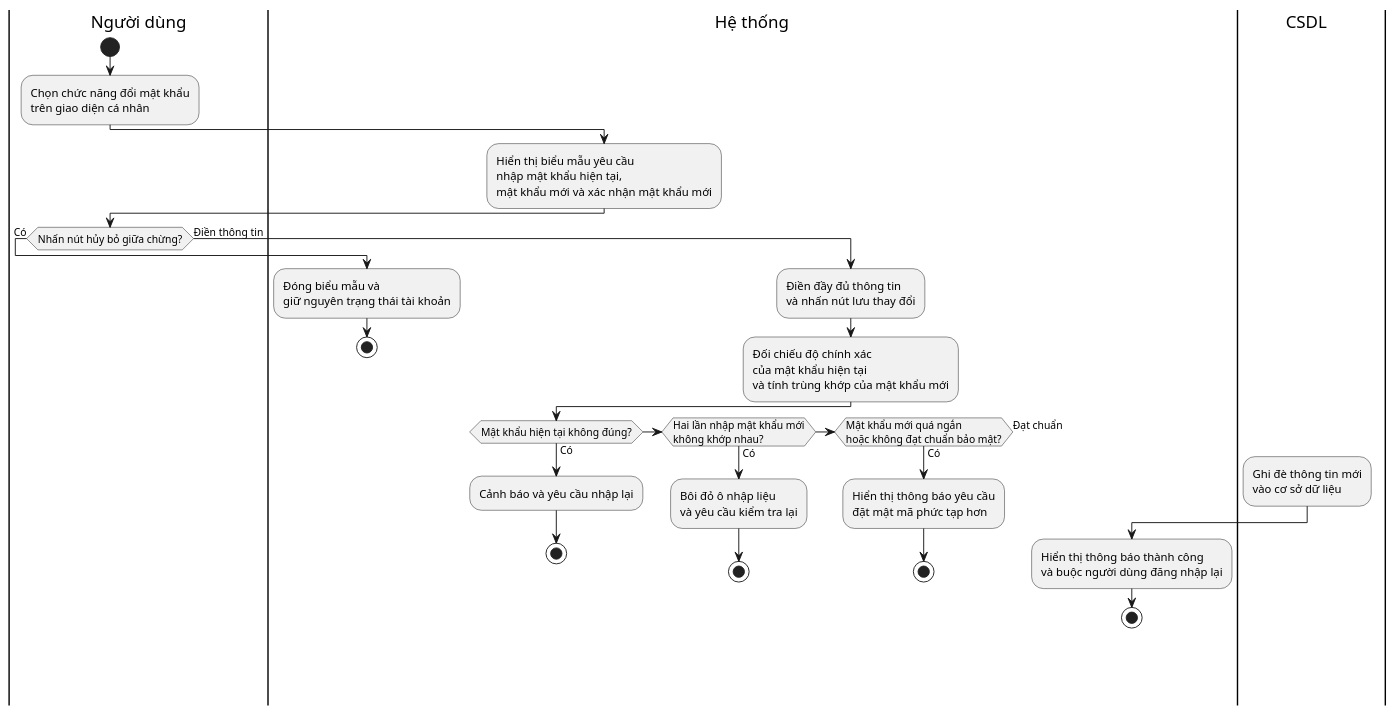
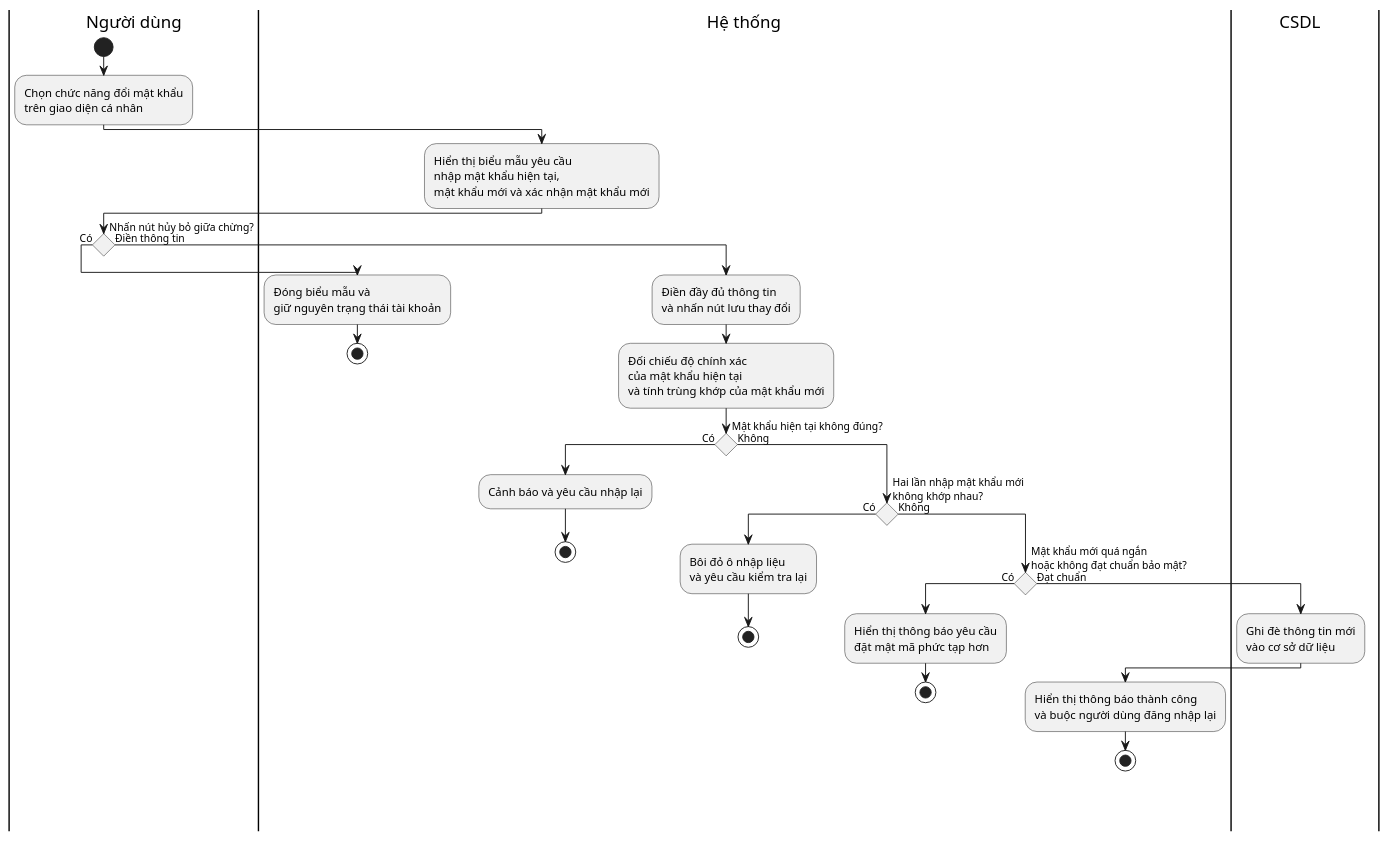
One commit to lancelotviendangkhoa710/IS-System-Development changed the diagram in activity_diagrams/02_DoiMatKhau.puml. Above: the diagram before and after it, drawn with PlantUML. The commit also changed 44 other files, not shown here.

```diff
--- a/activity_diagrams/02_DoiMatKhau.puml
+++ b/activity_diagrams/02_DoiMatKhau.puml
@@ -1,43 +1,49 @@
 @startuml
+skinparam conditionStyle diamond
 skinparam ranksep 80
 skinparam swimlaneWidth 140
 skinparam shadowing false
 skinparam ActivityShape rounded
 skinparam linetype ortho
 
 |Người dùng|
 |Hệ thống|
 |CSDL|
 
 |Người dùng|
 start
 :Chọn chức năng đổi mật khẩu\ntrên giao diện cá nhân;
 |Hệ thống|
 :Hiển thị biểu mẫu yêu cầu\nnhập mật khẩu hiện tại,\nmật khẩu mới và xác nhận mật khẩu mới;
 |Người dùng|
 if (Nhấn nút hủy bỏ giữa chừng?) then (Có)
   |Hệ thống|
   :Đóng biểu mẫu và\ngiữ nguyên trạng thái tài khoản;
   stop
 else (Điền thông tin)
   :Điền đầy đủ thông tin\nvà nhấn nút lưu thay đổi;
   |Hệ thống|
   :Đối chiếu độ chính xác\ncủa mật khẩu hiện tại\nvà tính trùng khớp của mật khẩu mới;
+  
   if (Mật khẩu hiện tại không đúng?) then (Có)
     :Cảnh báo và yêu cầu nhập lại;
     stop
-  elseif (Hai lần nhập mật khẩu mới\nkhông khớp nhau?) then (Có)
-    :Bôi đỏ ô nhập liệu\nvà yêu cầu kiểm tra lại;
-    stop
-  elseif (Mật khẩu mới quá ngắn\nhoặc không đạt chuẩn bảo mật?) then (Có)
-    :Hiển thị thông báo yêu cầu\nđặt mật mã phức tạp hơn;
-    stop
-  else (Đạt chuẩn)
-    |CSDL|
-    :Ghi đè thông tin mới\nvào cơ sở dữ liệu;
-    |Hệ thống|
-    :Hiển thị thông báo thành công\nvà buộc người dùng đăng nhập lại;
-    stop
+  else (Không)
+    if (Hai lần nhập mật khẩu mới\nkhông khớp nhau?) then (Có)
+      :Bôi đỏ ô nhập liệu\nvà yêu cầu kiểm tra lại;
+      stop
+    else (Không)
+      if (Mật khẩu mới quá ngắn\nhoặc không đạt chuẩn bảo mật?) then (Có)
+        :Hiển thị thông báo yêu cầu\nđặt mật mã phức tạp hơn;
+        stop
+      else (Đạt chuẩn)
+        |CSDL|
+        :Ghi đè thông tin mới\nvào cơ sở dữ liệu;
+        |Hệ thống|
+        :Hiển thị thông báo thành công\nvà buộc người dùng đăng nhập lại;
+        stop
+      endif
+    endif
   endif
 endif
 @enduml
```
